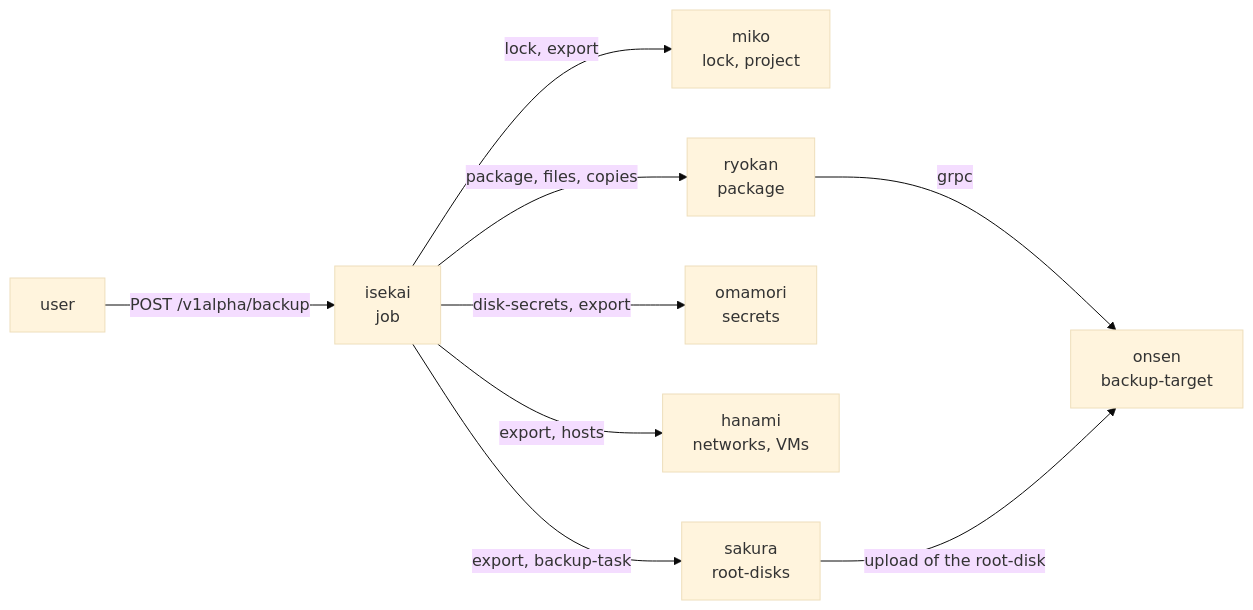
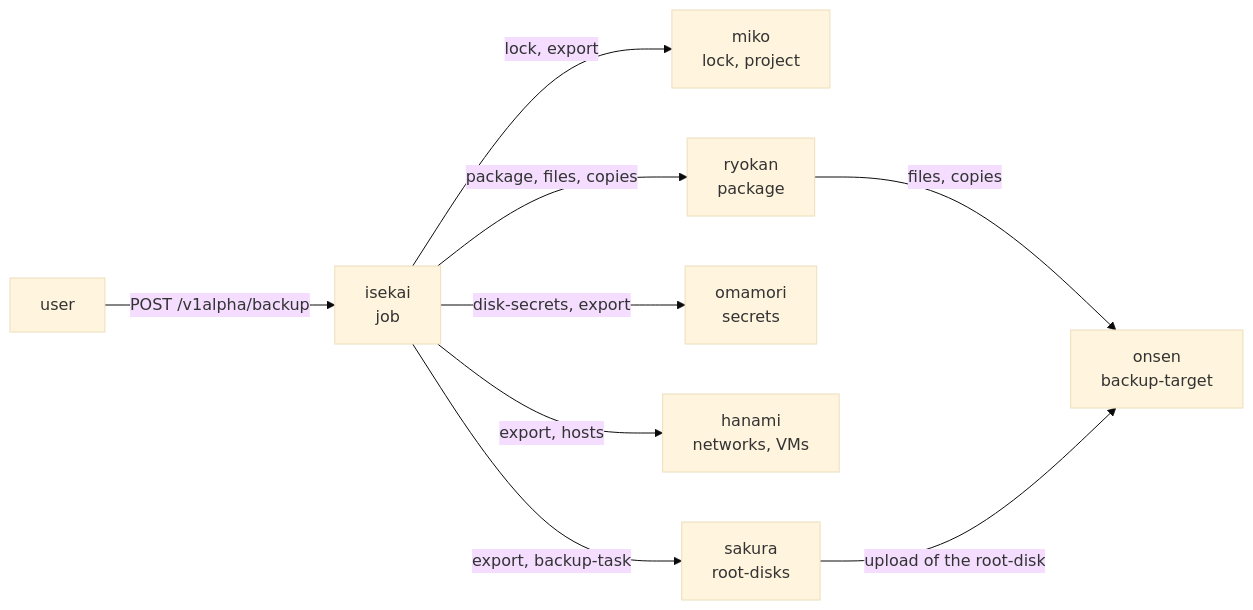
One commit to kitsudaiki/ainari changed the first of 6 diagrams in docs/developer/sequence_diagrams/backup_create.md. Above: the diagram before and after it, drawn with Mermaid (base theme). The commit also changed other lines of this file and 81 other files, not shown here.

First line of the commit message:
feat(#1185): replace onsen grpc-conectiuon by REST-API

````diff
--- a/docs/developer/sequence_diagrams/backup_create.md
+++ b/docs/developer/sequence_diagrams/backup_create.md
@@ -25,20 +25,20 @@
 ```mermaid
 flowchart LR
     user["user"]
     isekai["isekai<br/>job"]
     miko["miko<br/>lock, project"]
     ryokan["ryokan<br/>package"]
     onsen["onsen<br/>backup-target"]
     omamori["omamori<br/>secrets"]
     hanami["hanami<br/>networks, VMs"]
     sakura["sakura<br/>root-disks"]
 
     user -- "POST /v1alpha/backup" --> isekai
     isekai -- "lock, export" --> miko
     isekai -- "package, files, copies" --> ryokan
-    ryokan -- "grpc" --> onsen
+    ryokan -- "files, copies" --> onsen
     isekai -- "disk-secrets, export" --> omamori
     isekai -- "export, hosts" --> hanami
     isekai -- "export, backup-task" --> sakura
     sakura -- "upload of the root-disk" --> onsen
 ```
````
